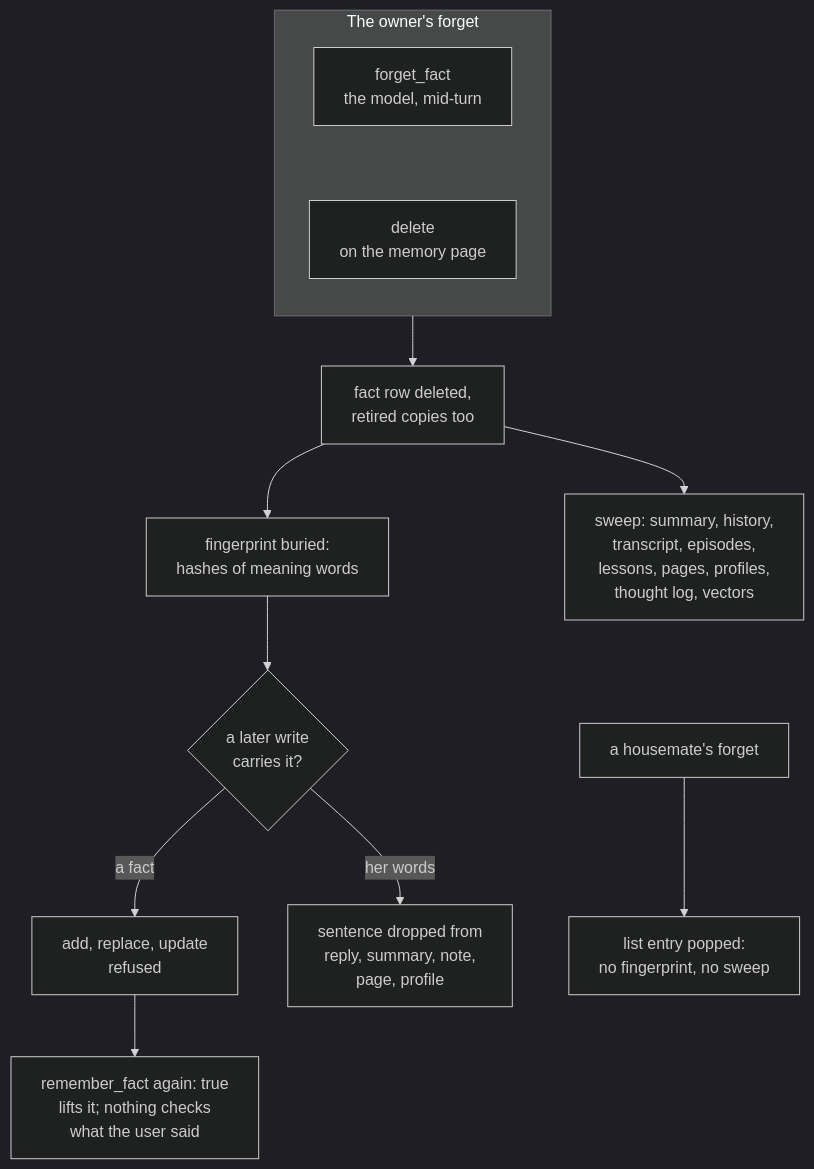
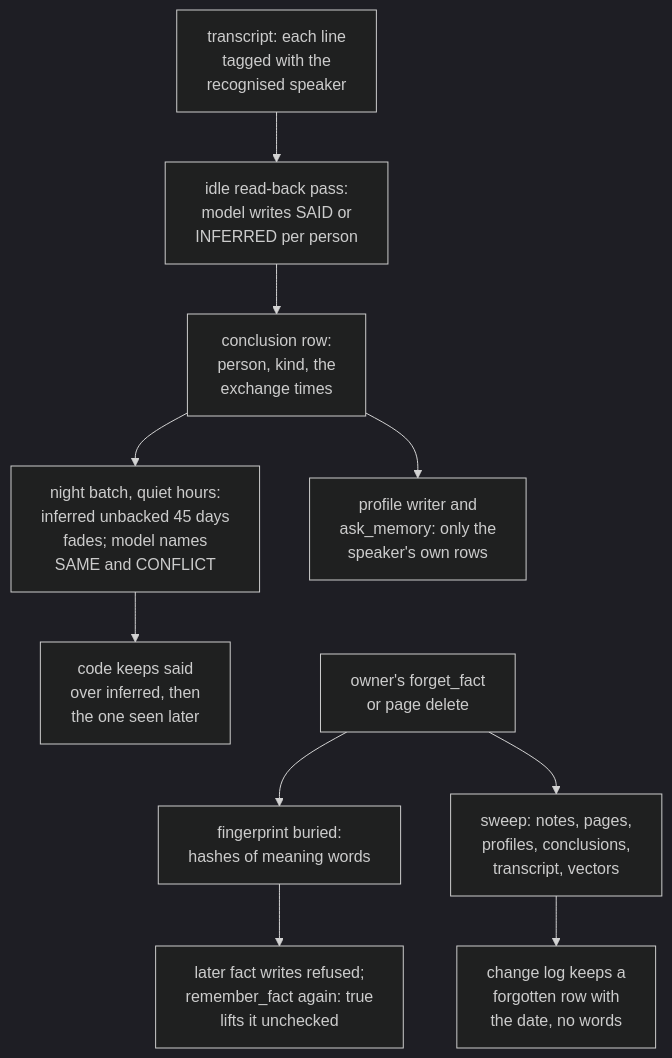
One commit to neoneye/agent-memory-atlas changed the diagram in content/systems/luna-local-agent.md. Above: the diagram before and after it, drawn with Mermaid (dark theme). The commit also changed other lines of this file and 27 other files, not shown here.

````diff
--- a/content/systems/luna-local-agent.md
+++ b/content/systems/luna-local-agent.md
@@ -101,19 +133,14 @@
 ```mermaid
-%% caption: the owner's forget deletes the row, buries a fingerprint and sweeps every derived store; later writes are checked against it, and the model can lift it with one flag
+%% caption: after a fact is saved, conversations are read back into per-person conclusions that the night batch merges, settles and fades; the owner's forget buries a fingerprint, sweeps the conclusions and the change log's words, and the model can lift it with one flag
 flowchart TD
-  subgraph forgets["The owner's forget"]
-    direction TB
-    FT["forget_fact<br/>the model, mid-turn"]
-    MP["delete<br/>on the memory page"]
-    FT ~~~ MP
-  end
-  forgets --> ROW["fact row deleted,<br/>retired copies too"]
-  ROW --> BURY["fingerprint buried:<br/>hashes of meaning words"]
-  ROW --> SWEEP["sweep: summary, history,<br/>transcript, episodes,<br/>lessons, pages, profiles,<br/>thought log, vectors"]
-  BURY --> GATE{"a later write<br/>carries it?"}
-  GATE -->|"a fact"| REF["add, replace, update<br/>refused"]
-  GATE -->|"her words"| CUT["sentence dropped from<br/>reply, summary, note,<br/>page, profile"]
-  REF --> LIFT["remember_fact again: true<br/>lifts it; nothing checks<br/>what the user said"]
-  SWEEP ~~~ HF["a housemate's forget"]
-  HF --> POP["list entry popped:<br/>no fingerprint, no sweep"]
+  T["transcript: each line<br/>tagged with the<br/>recognised speaker"] --> RB["idle read-back pass:<br/>model writes SAID or<br/>INFERRED per person"]
+  RB --> C["conclusion row:<br/>person, kind, the<br/>exchange times"]
+  C --> N["night batch, quiet hours:<br/>inferred unbacked 45 days<br/>fades; model names<br/>SAME and CONFLICT"]
+  N --> K["code keeps said<br/>over inferred, then<br/>the one seen later"]
+  C --> R["profile writer and<br/>ask_memory: only the<br/>speaker's own rows"]
+  R ~~~ F
+  F["owner's forget_fact<br/>or page delete"] --> B["fingerprint buried:<br/>hashes of meaning words"]
+  F --> S["sweep: notes, pages,<br/>profiles, conclusions,<br/>transcript, vectors"]
+  S --> L["change log keeps a<br/>forgotten row with<br/>the date, no words"]
+  B --> G["later fact writes refused;<br/>remember_fact again: true<br/>lifts it unchecked"]
 ```
````
